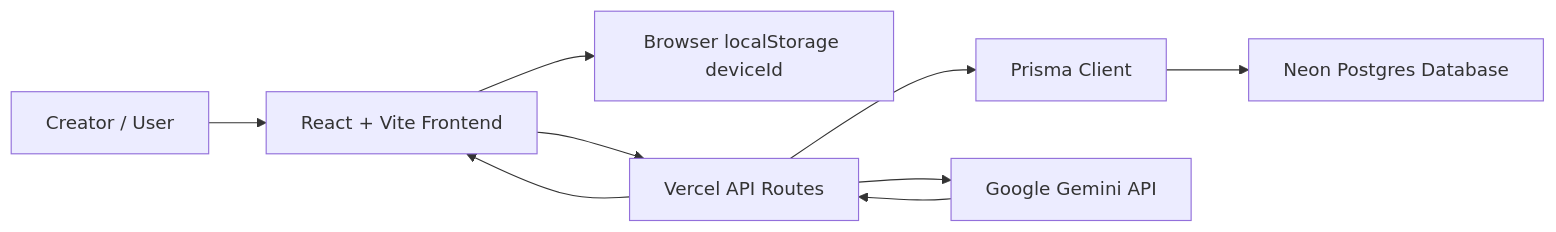
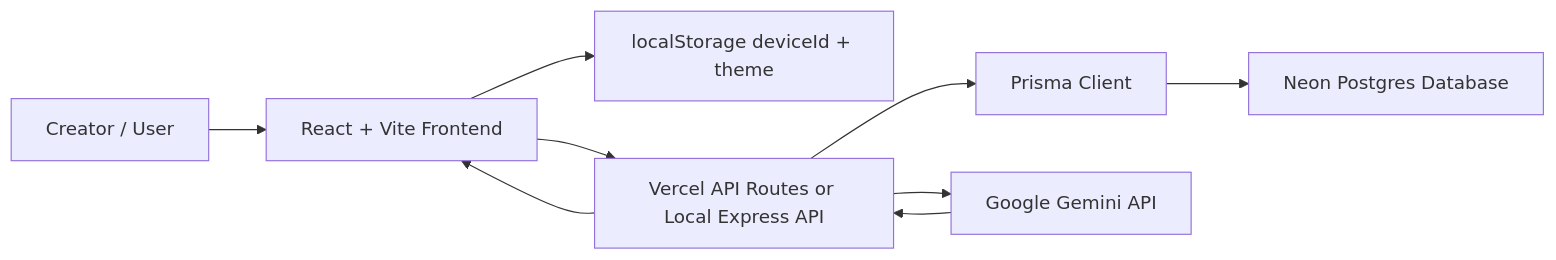
One commit to ZahMVPCoder/ThumbnailChecker changed the diagram in README.md. Above: the diagram before and after it, drawn with Mermaid. The commit also changed other lines of this file and 8 other files, not shown here.

````diff
--- a/README.md
+++ b/README.md
@@ -155,11 +175,11 @@
 ```mermaid
 flowchart LR
   User["Creator / User"] --> Browser["React + Vite Frontend"]
-  Browser --> LocalStorage["Browser localStorage deviceId"]
-  Browser --> API["Vercel API Routes"]
+  Browser --> LocalStorage["localStorage deviceId + theme"]
+  Browser --> API["Vercel API Routes or Local Express API"]
   API --> Prisma["Prisma Client"]
   Prisma --> Neon["Neon Postgres Database"]
   API --> Gemini["Google Gemini API"]
   Gemini --> API
   API --> Browser
 ```
````
